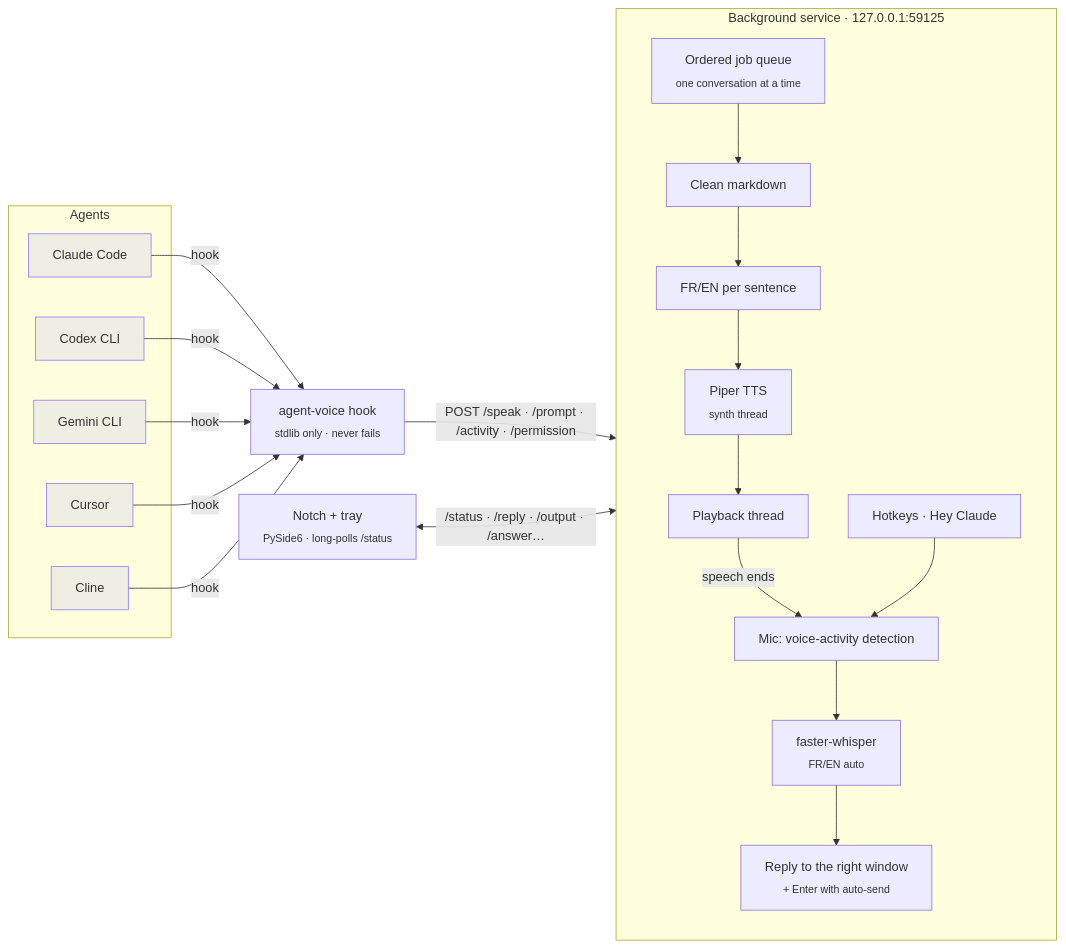
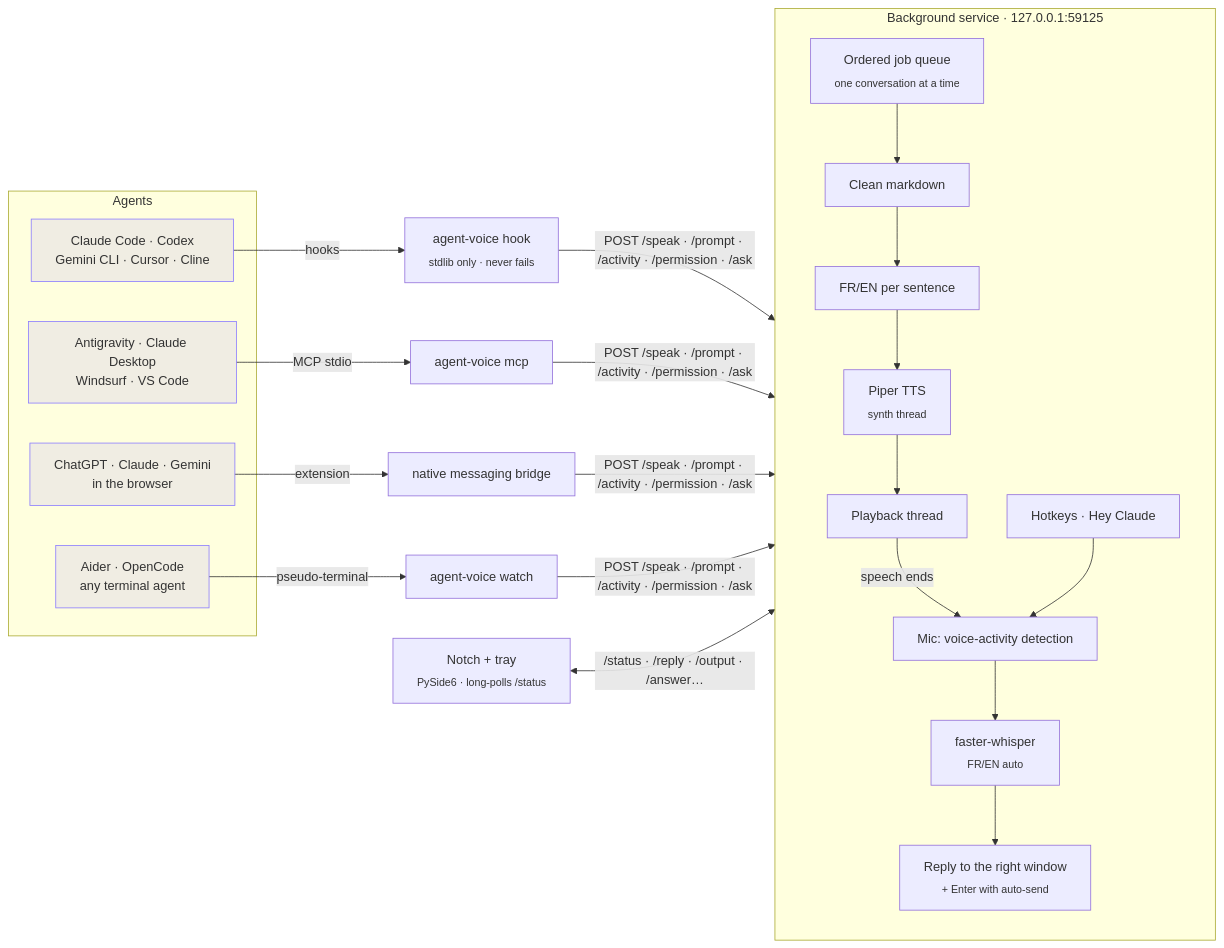
The first of 2 diagrams in README.md (ElMastho/Agent-Voice), drawn with Mermaid before and after one commit. The commit also changed other lines of this file and 2 other files, not shown here.

Commit message:
README, guide and AGENTS.md for every agent: MCP, browser, watch, desktop apps, needs-you, catch-up, results; images re-rendered

````diff
--- a/README.md
+++ b/README.md
@@ -190,24 +245,26 @@
 ```mermaid
 flowchart LR
     subgraph Agents
-        CC[Claude Code]:::a
-        CX[Codex CLI]:::a
-        GM[Gemini CLI]:::a
-        CU[Cursor]:::a
-        CL[Cline]:::a
+        CC[Claude Code · Codex<br/>Gemini CLI · Cursor · Cline]:::a
+        MC[Antigravity · Claude Desktop<br/>Windsurf · VS Code]:::a
+        WB[ChatGPT · Claude · Gemini<br/>in the browser]:::a
+        TA[Aider · OpenCode<br/>any terminal agent]:::a
     end
-    CC & CX & GM & CU & CL -- hook --> H["agent-voice hook<br/><sub>stdlib only · never fails</sub>"]
-    H -- "POST /speak · /prompt · /activity · /permission" --> D
+    CC -- hooks --> H["agent-voice hook<br/><sub>stdlib only · never fails</sub>"]
+    MC -- MCP stdio --> MS["agent-voice mcp"]
+    WB -- extension --> NH["native messaging bridge"]
+    TA -- pseudo-terminal --> WA["agent-voice watch"]
+    H & MS & NH & WA -- "POST /speak · /prompt · /activity · /permission · /ask" --> D
 
     subgraph D["Background service · 127.0.0.1:59125"]
         direction TB
         Q[Ordered job queue<br/><sub>one conversation at a time</sub>] --> C[Clean markdown] --> L[FR/EN per sentence]
         L --> T[Piper TTS<br/><sub>synth thread</sub>] --> P[Playback thread]
         P -- "speech ends" --> M[Mic: voice-activity detection]
         K[Hotkeys · Hey Claude] --> M
         M --> W[faster-whisper<br/><sub>FR/EN auto</sub>] --> V[Reply to the right window<br/><sub>+ Enter with auto-send</sub>]
     end
 
     UI["Notch + tray<br/><sub>PySide6 · long-polls /status</sub>"] <-- "/status · /reply · /output · /answer…" --> D
     classDef a fill:#8B7CFF22,stroke:#8B7CFF;
 ```
````
